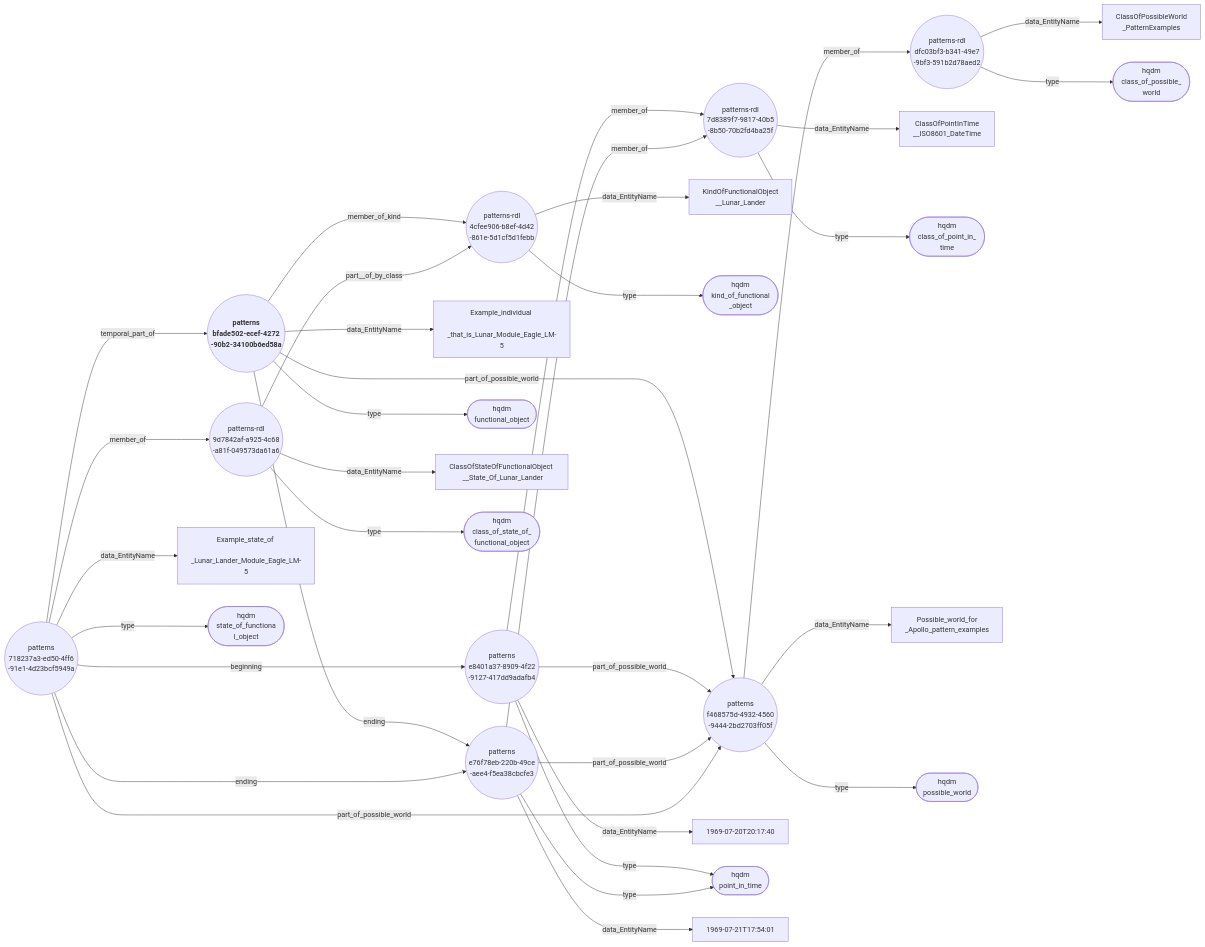
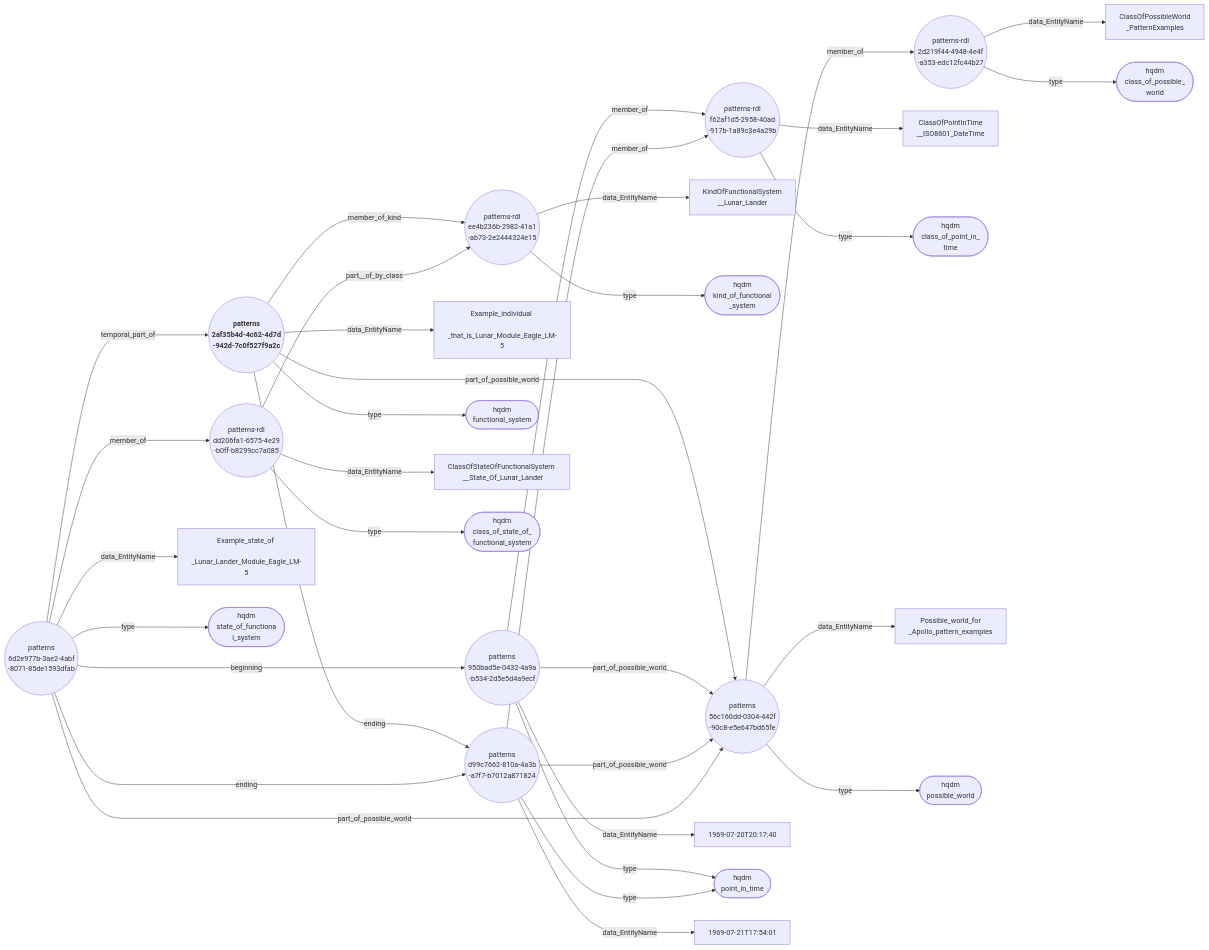
One commit to ClimbingAl/HqdmPatterns changed the diagram in docs/extras/example-files/individualEagleExampleNodeEdgeGraph.mermaid. Above: the diagram before and after it, drawn with Mermaid. The commit also changed 56 other files, not shown here.

Commit message:
System additions prior to adding stviewer-generated spacetime charts.

````diff
--- a/docs/extras/example-files/individualEagleExampleNodeEdgeGraph.mermaid
+++ b/docs/extras/example-files/individualEagleExampleNodeEdgeGraph.mermaid
@@ -1,35 +1,35 @@
 ``` mermaid
 graph LR
-  bfade502-ecef-4272-90b2-34100b6ed58a(("<b> patterns <br> bfade502-ecef-4272 <br> -90b2-34100b6ed58a"))--->|"member_of_kind"|4cfee906-b8ef-4d42-861e-5d1cf5d1febb(("patterns-rdl <br> 4cfee906-b8ef-4d42 <br> -861e-5d1cf5d1febb"));
-  bfade502-ecef-4272-90b2-34100b6ed58a(("<b> patterns <br> bfade502-ecef-4272 <br> -90b2-34100b6ed58a"))--->|"part_of_possible_world"|f468575d-4932-4560-9444-2bd2703ff05f(("patterns <br> f468575d-4932-4560 <br> -9444-2bd2703ff05f"));
-  bfade502-ecef-4272-90b2-34100b6ed58a(("<b> patterns <br> bfade502-ecef-4272 <br> -90b2-34100b6ed58a"))--->|"data_EntityName"|Example_individual_that_is_Lunar_Module_Eagle_LM-5["Example_individual <br> _that_is_Lunar_Module_Eagle_LM-5"];
-  bfade502-ecef-4272-90b2-34100b6ed58a(("<b> patterns <br> bfade502-ecef-4272 <br> -90b2-34100b6ed58a"))--->|"ending"|e76f78eb-220b-49ce-aee4-f5ea38cbcfe3(("patterns <br> e76f78eb-220b-49ce <br> -aee4-f5ea38cbcfe3"));
-  bfade502-ecef-4272-90b2-34100b6ed58a(("<b> patterns <br> bfade502-ecef-4272 <br> -90b2-34100b6ed58a"))--->|"type"|functional_object(["hqdm <br> functional_object"]);
-  4cfee906-b8ef-4d42-861e-5d1cf5d1febb(("patterns-rdl <br> 4cfee906-b8ef-4d42 <br> -861e-5d1cf5d1febb"))--->|"data_EntityName"|KindOfFunctionalObject__Lunar_Lander["KindOfFunctionalObject <br> __Lunar_Lander"];
-  4cfee906-b8ef-4d42-861e-5d1cf5d1febb(("patterns-rdl <br> 4cfee906-b8ef-4d42 <br> -861e-5d1cf5d1febb"))--->|"type"|kind_of_functional_object(["hqdm <br> kind_of_functional <br> _object"]);
-  9d7842af-a925-4c68-a81f-049573da61a6(("patterns-rdl <br> 9d7842af-a925-4c68 <br> -a81f-049573da61a6"))--->|"data_EntityName"|ClassOfStateOfFunctionalObject__State_Of_Lunar_Lander["ClassOfStateOfFunctionalObject <br> __State_Of_Lunar_Lander"];
-  9d7842af-a925-4c68-a81f-049573da61a6(("patterns-rdl <br> 9d7842af-a925-4c68 <br> -a81f-049573da61a6"))--->|"part__of_by_class"|4cfee906-b8ef-4d42-861e-5d1cf5d1febb(("patterns-rdl <br> 4cfee906-b8ef-4d42 <br> -861e-5d1cf5d1febb"));
-  9d7842af-a925-4c68-a81f-049573da61a6(("patterns-rdl <br> 9d7842af-a925-4c68 <br> -a81f-049573da61a6"))--->|"type"|class_of_state_of_functional_object(["hqdm <br> class_of_state_of_ <br> functional_object"]);
-  dfc03bf3-b341-49e7-9bf3-591b2d78aed2(("patterns-rdl <br> dfc03bf3-b341-49e7 <br> -9bf3-591b2d78aed2"))--->|"data_EntityName"|ClassOfPossibleWorld_PatternExamples["ClassOfPossibleWorld <br> _PatternExamples"];
-  dfc03bf3-b341-49e7-9bf3-591b2d78aed2(("patterns-rdl <br> dfc03bf3-b341-49e7 <br> -9bf3-591b2d78aed2"))--->|"type"|class_of_possible_world(["hqdm <br> class_of_possible_ <br> world"]);
-  7d8389f7-9817-40b5-8b50-70b2fd4ba25f(("patterns-rdl <br> 7d8389f7-9817-40b5 <br> -8b50-70b2fd4ba25f"))--->|"data_EntityName"|ClassOfPointInTime__ISO8601_DateTime["ClassOfPointInTime <br> __ISO8601_DateTime"];
-  7d8389f7-9817-40b5-8b50-70b2fd4ba25f(("patterns-rdl <br> 7d8389f7-9817-40b5 <br> -8b50-70b2fd4ba25f"))--->|"type"|class_of_point_in_time(["hqdm <br> class_of_point_in_ <br> time"]);
-  f468575d-4932-4560-9444-2bd2703ff05f(("patterns <br> f468575d-4932-4560 <br> -9444-2bd2703ff05f"))--->|"member_of"|dfc03bf3-b341-49e7-9bf3-591b2d78aed2(("patterns-rdl <br> dfc03bf3-b341-49e7 <br> -9bf3-591b2d78aed2"));
-  f468575d-4932-4560-9444-2bd2703ff05f(("patterns <br> f468575d-4932-4560 <br> -9444-2bd2703ff05f"))--->|"data_EntityName"|Possible_world_for_Apollo_pattern_examples["Possible_world_for <br> _Apollo_pattern_examples"];
-  f468575d-4932-4560-9444-2bd2703ff05f(("patterns <br> f468575d-4932-4560 <br> -9444-2bd2703ff05f"))--->|"type"|possible_world(["hqdm <br> possible_world"]);
-  e8401a37-8909-4f22-9127-417dd9adafb4(("patterns <br> e8401a37-8909-4f22 <br> -9127-417dd9adafb4"))--->|"part_of_possible_world"|f468575d-4932-4560-9444-2bd2703ff05f(("patterns <br> f468575d-4932-4560 <br> -9444-2bd2703ff05f"));
-  e8401a37-8909-4f22-9127-417dd9adafb4(("patterns <br> e8401a37-8909-4f22 <br> -9127-417dd9adafb4"))--->|"member_of"|7d8389f7-9817-40b5-8b50-70b2fd4ba25f(("patterns-rdl <br> 7d8389f7-9817-40b5 <br> -8b50-70b2fd4ba25f"));
-  e8401a37-8909-4f22-9127-417dd9adafb4(("patterns <br> e8401a37-8909-4f22 <br> -9127-417dd9adafb4"))--->|"data_EntityName"|1969-07-20T20:17:40["1969-07-20T20:17:40"];
-  e8401a37-8909-4f22-9127-417dd9adafb4(("patterns <br> e8401a37-8909-4f22 <br> -9127-417dd9adafb4"))--->|"type"|point_in_time(["hqdm <br> point_in_time"]);
-  e76f78eb-220b-49ce-aee4-f5ea38cbcfe3(("patterns <br> e76f78eb-220b-49ce <br> -aee4-f5ea38cbcfe3"))--->|"part_of_possible_world"|f468575d-4932-4560-9444-2bd2703ff05f(("patterns <br> f468575d-4932-4560 <br> -9444-2bd2703ff05f"));
-  e76f78eb-220b-49ce-aee4-f5ea38cbcfe3(("patterns <br> e76f78eb-220b-49ce <br> -aee4-f5ea38cbcfe3"))--->|"member_of"|7d8389f7-9817-40b5-8b50-70b2fd4ba25f(("patterns-rdl <br> 7d8389f7-9817-40b5 <br> -8b50-70b2fd4ba25f"));
-  e76f78eb-220b-49ce-aee4-f5ea38cbcfe3(("patterns <br> e76f78eb-220b-49ce <br> -aee4-f5ea38cbcfe3"))--->|"data_EntityName"|1969-07-21T17:54:01["1969-07-21T17:54:01"];
-  e76f78eb-220b-49ce-aee4-f5ea38cbcfe3(("patterns <br> e76f78eb-220b-49ce <br> -aee4-f5ea38cbcfe3"))--->|"type"|point_in_time(["hqdm <br> point_in_time"]);
-  718237a3-ed50-4ff6-91e1-4d23bcf5949a(("patterns <br> 718237a3-ed50-4ff6 <br> -91e1-4d23bcf5949a"))--->|"beginning"|e8401a37-8909-4f22-9127-417dd9adafb4(("patterns <br> e8401a37-8909-4f22 <br> -9127-417dd9adafb4"));
-  718237a3-ed50-4ff6-91e1-4d23bcf5949a(("patterns <br> 718237a3-ed50-4ff6 <br> -91e1-4d23bcf5949a"))--->|"part_of_possible_world"|f468575d-4932-4560-9444-2bd2703ff05f(("patterns <br> f468575d-4932-4560 <br> -9444-2bd2703ff05f"));
-  718237a3-ed50-4ff6-91e1-4d23bcf5949a(("patterns <br> 718237a3-ed50-4ff6 <br> -91e1-4d23bcf5949a"))--->|"temporal_part_of"|bfade502-ecef-4272-90b2-34100b6ed58a(("<b> patterns <br> bfade502-ecef-4272 <br> -90b2-34100b6ed58a"));
-  718237a3-ed50-4ff6-91e1-4d23bcf5949a(("patterns <br> 718237a3-ed50-4ff6 <br> -91e1-4d23bcf5949a"))--->|"member_of"|9d7842af-a925-4c68-a81f-049573da61a6(("patterns-rdl <br> 9d7842af-a925-4c68 <br> -a81f-049573da61a6"));
-  718237a3-ed50-4ff6-91e1-4d23bcf5949a(("patterns <br> 718237a3-ed50-4ff6 <br> -91e1-4d23bcf5949a"))--->|"data_EntityName"|Example_state_of_Lunar_Lander_Module_Eagle_LM-5["Example_state_of <br> _Lunar_Lander_Module_Eagle_LM-5"];
-  718237a3-ed50-4ff6-91e1-4d23bcf5949a(("patterns <br> 718237a3-ed50-4ff6 <br> -91e1-4d23bcf5949a"))--->|"ending"|e76f78eb-220b-49ce-aee4-f5ea38cbcfe3(("patterns <br> e76f78eb-220b-49ce <br> -aee4-f5ea38cbcfe3"));
-  718237a3-ed50-4ff6-91e1-4d23bcf5949a(("patterns <br> 718237a3-ed50-4ff6 <br> -91e1-4d23bcf5949a"))--->|"type"|state_of_functional_object(["hqdm <br> state_of_functiona <br> l_object"]);
+  2af35b4d-4c62-4d7d-942d-7c0f527f9a2c(("<b> patterns <br> 2af35b4d-4c62-4d7d <br> -942d-7c0f527f9a2c"))--->|"member_of_kind"|ee4b236b-2982-41a1-ab73-2e2444324e15(("patterns-rdl <br> ee4b236b-2982-41a1 <br> -ab73-2e2444324e15"));
+  2af35b4d-4c62-4d7d-942d-7c0f527f9a2c(("<b> patterns <br> 2af35b4d-4c62-4d7d <br> -942d-7c0f527f9a2c"))--->|"part_of_possible_world"|56c160dd-0304-442f-90c8-e5e647bd65fe(("patterns <br> 56c160dd-0304-442f <br> -90c8-e5e647bd65fe"));
+  2af35b4d-4c62-4d7d-942d-7c0f527f9a2c(("<b> patterns <br> 2af35b4d-4c62-4d7d <br> -942d-7c0f527f9a2c"))--->|"data_EntityName"|Example_individual_that_is_Lunar_Module_Eagle_LM-5["Example_individual <br> _that_is_Lunar_Module_Eagle_LM-5"];
+  2af35b4d-4c62-4d7d-942d-7c0f527f9a2c(("<b> patterns <br> 2af35b4d-4c62-4d7d <br> -942d-7c0f527f9a2c"))--->|"ending"|d99c7662-810a-4a3b-a7f7-b7012a871824(("patterns <br> d99c7662-810a-4a3b <br> -a7f7-b7012a871824"));
+  2af35b4d-4c62-4d7d-942d-7c0f527f9a2c(("<b> patterns <br> 2af35b4d-4c62-4d7d <br> -942d-7c0f527f9a2c"))--->|"type"|functional_system(["hqdm <br> functional_system"]);
+  ee4b236b-2982-41a1-ab73-2e2444324e15(("patterns-rdl <br> ee4b236b-2982-41a1 <br> -ab73-2e2444324e15"))--->|"data_EntityName"|KindOfFunctionalSystem__Lunar_Lander["KindOfFunctionalSystem <br> __Lunar_Lander"];
+  ee4b236b-2982-41a1-ab73-2e2444324e15(("patterns-rdl <br> ee4b236b-2982-41a1 <br> -ab73-2e2444324e15"))--->|"type"|kind_of_functional_system(["hqdm <br> kind_of_functional <br> _system"]);
+  dd206fa1-6575-4e29-b0ff-b8299cc7a085(("patterns-rdl <br> dd206fa1-6575-4e29 <br> -b0ff-b8299cc7a085"))--->|"data_EntityName"|ClassOfStateOfFunctionalSystem__State_Of_Lunar_Lander["ClassOfStateOfFunctionalSystem <br> __State_Of_Lunar_Lander"];
+  dd206fa1-6575-4e29-b0ff-b8299cc7a085(("patterns-rdl <br> dd206fa1-6575-4e29 <br> -b0ff-b8299cc7a085"))--->|"part__of_by_class"|ee4b236b-2982-41a1-ab73-2e2444324e15(("patterns-rdl <br> ee4b236b-2982-41a1 <br> -ab73-2e2444324e15"));
+  dd206fa1-6575-4e29-b0ff-b8299cc7a085(("patterns-rdl <br> dd206fa1-6575-4e29 <br> -b0ff-b8299cc7a085"))--->|"type"|class_of_state_of_functional_system(["hqdm <br> class_of_state_of_ <br> functional_system"]);
+  2d219f44-4948-4e4f-a353-edc12fc44b27(("patterns-rdl <br> 2d219f44-4948-4e4f <br> -a353-edc12fc44b27"))--->|"data_EntityName"|ClassOfPossibleWorld_PatternExamples["ClassOfPossibleWorld <br> _PatternExamples"];
+  2d219f44-4948-4e4f-a353-edc12fc44b27(("patterns-rdl <br> 2d219f44-4948-4e4f <br> -a353-edc12fc44b27"))--->|"type"|class_of_possible_world(["hqdm <br> class_of_possible_ <br> world"]);
+  f62af1d5-2958-40ad-917b-1a89c3e4a29b(("patterns-rdl <br> f62af1d5-2958-40ad <br> -917b-1a89c3e4a29b"))--->|"data_EntityName"|ClassOfPointInTime__ISO8601_DateTime["ClassOfPointInTime <br> __ISO8601_DateTime"];
+  f62af1d5-2958-40ad-917b-1a89c3e4a29b(("patterns-rdl <br> f62af1d5-2958-40ad <br> -917b-1a89c3e4a29b"))--->|"type"|class_of_point_in_time(["hqdm <br> class_of_point_in_ <br> time"]);
+  56c160dd-0304-442f-90c8-e5e647bd65fe(("patterns <br> 56c160dd-0304-442f <br> -90c8-e5e647bd65fe"))--->|"member_of"|2d219f44-4948-4e4f-a353-edc12fc44b27(("patterns-rdl <br> 2d219f44-4948-4e4f <br> -a353-edc12fc44b27"));
+  56c160dd-0304-442f-90c8-e5e647bd65fe(("patterns <br> 56c160dd-0304-442f <br> -90c8-e5e647bd65fe"))--->|"data_EntityName"|Possible_world_for_Apollo_pattern_examples["Possible_world_for <br> _Apollo_pattern_examples"];
+  56c160dd-0304-442f-90c8-e5e647bd65fe(("patterns <br> 56c160dd-0304-442f <br> -90c8-e5e647bd65fe"))--->|"type"|possible_world(["hqdm <br> possible_world"]);
+  950bad5e-0432-4a9a-b534-2d5e5d4a9ecf(("patterns <br> 950bad5e-0432-4a9a <br> -b534-2d5e5d4a9ecf"))--->|"part_of_possible_world"|56c160dd-0304-442f-90c8-e5e647bd65fe(("patterns <br> 56c160dd-0304-442f <br> -90c8-e5e647bd65fe"));
+  950bad5e-0432-4a9a-b534-2d5e5d4a9ecf(("patterns <br> 950bad5e-0432-4a9a <br> -b534-2d5e5d4a9ecf"))--->|"member_of"|f62af1d5-2958-40ad-917b-1a89c3e4a29b(("patterns-rdl <br> f62af1d5-2958-40ad <br> -917b-1a89c3e4a29b"));
+  950bad5e-0432-4a9a-b534-2d5e5d4a9ecf(("patterns <br> 950bad5e-0432-4a9a <br> -b534-2d5e5d4a9ecf"))--->|"data_EntityName"|1969-07-20T20:17:40["1969-07-20T20:17:40"];
+  950bad5e-0432-4a9a-b534-2d5e5d4a9ecf(("patterns <br> 950bad5e-0432-4a9a <br> -b534-2d5e5d4a9ecf"))--->|"type"|point_in_time(["hqdm <br> point_in_time"]);
+  d99c7662-810a-4a3b-a7f7-b7012a871824(("patterns <br> d99c7662-810a-4a3b <br> -a7f7-b7012a871824"))--->|"part_of_possible_world"|56c160dd-0304-442f-90c8-e5e647bd65fe(("patterns <br> 56c160dd-0304-442f <br> -90c8-e5e647bd65fe"));
+  d99c7662-810a-4a3b-a7f7-b7012a871824(("patterns <br> d99c7662-810a-4a3b <br> -a7f7-b7012a871824"))--->|"member_of"|f62af1d5-2958-40ad-917b-1a89c3e4a29b(("patterns-rdl <br> f62af1d5-2958-40ad <br> -917b-1a89c3e4a29b"));
+  d99c7662-810a-4a3b-a7f7-b7012a871824(("patterns <br> d99c7662-810a-4a3b <br> -a7f7-b7012a871824"))--->|"data_EntityName"|1969-07-21T17:54:01["1969-07-21T17:54:01"];
+  d99c7662-810a-4a3b-a7f7-b7012a871824(("patterns <br> d99c7662-810a-4a3b <br> -a7f7-b7012a871824"))--->|"type"|point_in_time(["hqdm <br> point_in_time"]);
+  6d2e977b-3ae2-4abf-8071-85de1593dfab(("patterns <br> 6d2e977b-3ae2-4abf <br> -8071-85de1593dfab"))--->|"beginning"|950bad5e-0432-4a9a-b534-2d5e5d4a9ecf(("patterns <br> 950bad5e-0432-4a9a <br> -b534-2d5e5d4a9ecf"));
+  6d2e977b-3ae2-4abf-8071-85de1593dfab(("patterns <br> 6d2e977b-3ae2-4abf <br> -8071-85de1593dfab"))--->|"part_of_possible_world"|56c160dd-0304-442f-90c8-e5e647bd65fe(("patterns <br> 56c160dd-0304-442f <br> -90c8-e5e647bd65fe"));
+  6d2e977b-3ae2-4abf-8071-85de1593dfab(("patterns <br> 6d2e977b-3ae2-4abf <br> -8071-85de1593dfab"))--->|"temporal_part_of"|2af35b4d-4c62-4d7d-942d-7c0f527f9a2c(("<b> patterns <br> 2af35b4d-4c62-4d7d <br> -942d-7c0f527f9a2c"));
+  6d2e977b-3ae2-4abf-8071-85de1593dfab(("patterns <br> 6d2e977b-3ae2-4abf <br> -8071-85de1593dfab"))--->|"member_of"|dd206fa1-6575-4e29-b0ff-b8299cc7a085(("patterns-rdl <br> dd206fa1-6575-4e29 <br> -b0ff-b8299cc7a085"));
+  6d2e977b-3ae2-4abf-8071-85de1593dfab(("patterns <br> 6d2e977b-3ae2-4abf <br> -8071-85de1593dfab"))--->|"data_EntityName"|Example_state_of_Lunar_Lander_Module_Eagle_LM-5["Example_state_of <br> _Lunar_Lander_Module_Eagle_LM-5"];
+  6d2e977b-3ae2-4abf-8071-85de1593dfab(("patterns <br> 6d2e977b-3ae2-4abf <br> -8071-85de1593dfab"))--->|"ending"|d99c7662-810a-4a3b-a7f7-b7012a871824(("patterns <br> d99c7662-810a-4a3b <br> -a7f7-b7012a871824"));
+  6d2e977b-3ae2-4abf-8071-85de1593dfab(("patterns <br> 6d2e977b-3ae2-4abf <br> -8071-85de1593dfab"))--->|"type"|state_of_functional_system(["hqdm <br> state_of_functiona <br> l_system"]);
 ```
````
